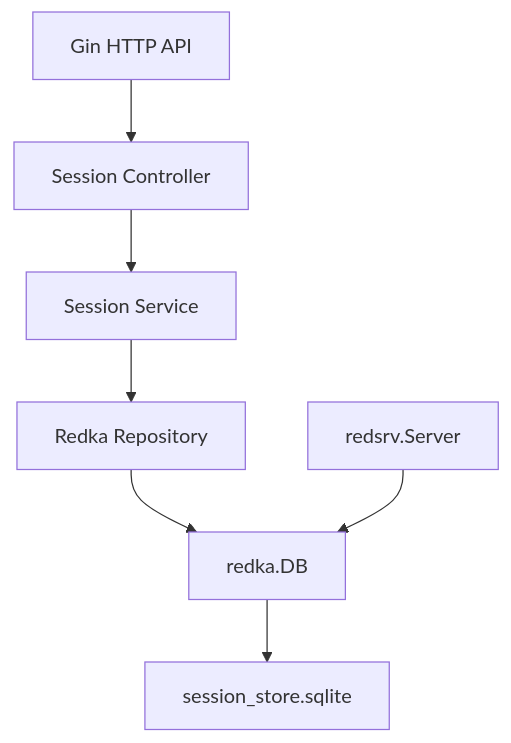
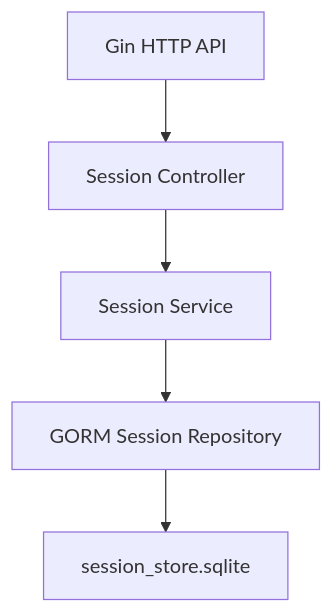
Before and after one commit to issueye/icoo_claw: the fourth of 5 diagrams in docs/ai-agent-platform/02-architecture.md, drawn with Mermaid. The commit also changed other lines of this file and 60 other files, not shown here.

````diff
--- a/docs/ai-agent-platform/02-architecture.md
+++ b/docs/ai-agent-platform/02-architecture.md
@@ -201,9 +132,7 @@
 ```mermaid
 flowchart TB
   Gin["Gin HTTP API"] --> SessionController["Session Controller"]
   SessionController --> SessionService["Session Service"]
-  SessionService --> RedkaRepo["Redka Repository"]
-  RedkaRepo --> RedkaDB["redka.DB"]
-  RedkaDB --> SQLite["session_store.sqlite"]
-  RedkaServer["redsrv.Server"] --> RedkaDB
+  SessionService --> GormRepo["GORM Session Repository"]
+  GormRepo --> SQLite["session_store.sqlite"]
 ```
````
